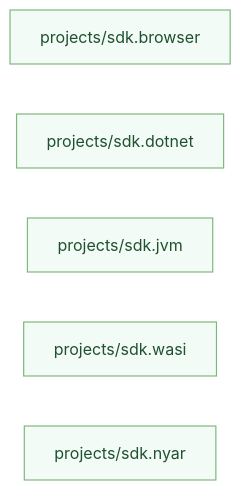
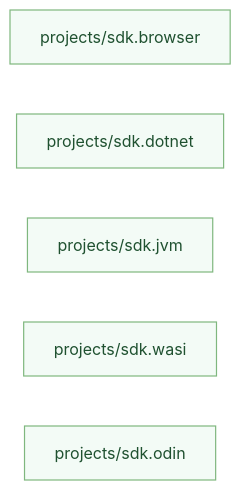
The third of 5 diagrams in documentation/pages/zh-hans/language/sdk-vendors/layering.md (valkyrie-language/valkyrie.v), drawn with Mermaid before and after one commit. The commit also changed 8 other files, not shown here.

````diff
--- a/documentation/pages/zh-hans/language/sdk-vendors/layering.md
+++ b/documentation/pages/zh-hans/language/sdk-vendors/layering.md
@@ -124,14 +124,14 @@
 ```mermaid
 flowchart LR
     Browser[projects/sdk.browser]
     Dotnet[projects/sdk.dotnet]
     JVM[projects/sdk.jvm]
     WASI[projects/sdk.wasi]
-    Nyar[projects/sdk.nyar]
+    Nyar[projects/sdk.odin]
 
     classDef phase fill:#f6f9fc,stroke:#8a9aad,stroke-width:1.2px,color:#1f2937;
     classDef boundary fill:#fff8e8,stroke:#d6a93d,stroke-width:1.2px,color:#5c4400;
     classDef delivery fill:#f3fbf6,stroke:#7fb77e,stroke-width:1.2px,color:#1f5130;
 
     class Browser,Dotnet,JVM,WASI,Nyar delivery;
 ```
````
